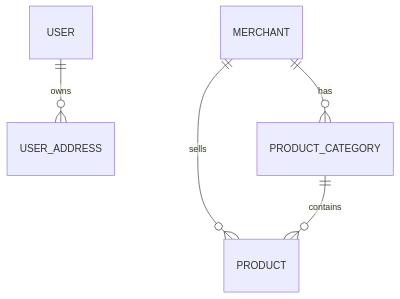
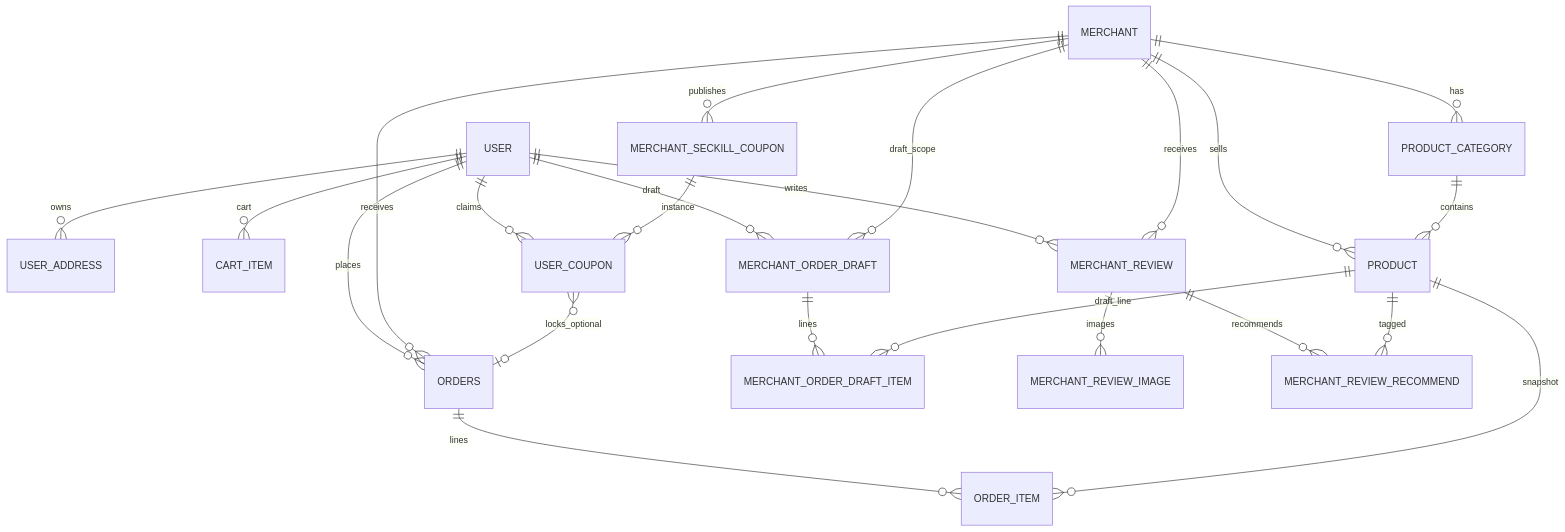
Before and after one commit to leslie1992-dqp/VibeCode-JiKekaiFan: the diagram in wiki/database/er-diagram.md, drawn with Mermaid. The commit also changed other lines of this file and 17 other files, not shown here.

First line of the commit message:
docs(wiki): 更新 API/ER/表说明并补充功能流程与分层文档

````diff
--- a/wiki/database/er-diagram.md
+++ b/wiki/database/er-diagram.md
@@ -12,7 +7,31 @@
 ```mermaid
 erDiagram
   USER ||--o{ USER_ADDRESS : owns
+  USER ||--o{ CART_ITEM : cart
+  USER ||--o{ MERCHANT_ORDER_DRAFT : draft
+  USER ||--o{ ORDERS : places
+  USER ||--o{ USER_COUPON : claims
+  USER ||--o{ MERCHANT_REVIEW : writes
+
   MERCHANT ||--o{ PRODUCT_CATEGORY : has
   MERCHANT ||--o{ PRODUCT : sells
+  MERCHANT ||--o{ MERCHANT_ORDER_DRAFT : draft_scope
+  MERCHANT ||--o{ ORDERS : receives
+  MERCHANT ||--o{ MERCHANT_SECKILL_COUPON : publishes
+  MERCHANT ||--o{ MERCHANT_REVIEW : receives
+
   PRODUCT_CATEGORY ||--o{ PRODUCT : contains
+
+  MERCHANT_ORDER_DRAFT ||--o{ MERCHANT_ORDER_DRAFT_ITEM : lines
+  PRODUCT ||--o{ MERCHANT_ORDER_DRAFT_ITEM : draft_line
+
+  ORDERS ||--o{ ORDER_ITEM : lines
+  PRODUCT ||--o{ ORDER_ITEM : snapshot
+
+  MERCHANT_SECKILL_COUPON ||--o{ USER_COUPON : instance
+  USER_COUPON }o--o| ORDERS : locks_optional
+
+  MERCHANT_REVIEW ||--o{ MERCHANT_REVIEW_IMAGE : images
+  MERCHANT_REVIEW ||--o{ MERCHANT_REVIEW_RECOMMEND : recommends
+  PRODUCT ||--o{ MERCHANT_REVIEW_RECOMMEND : tagged
 ```
````
